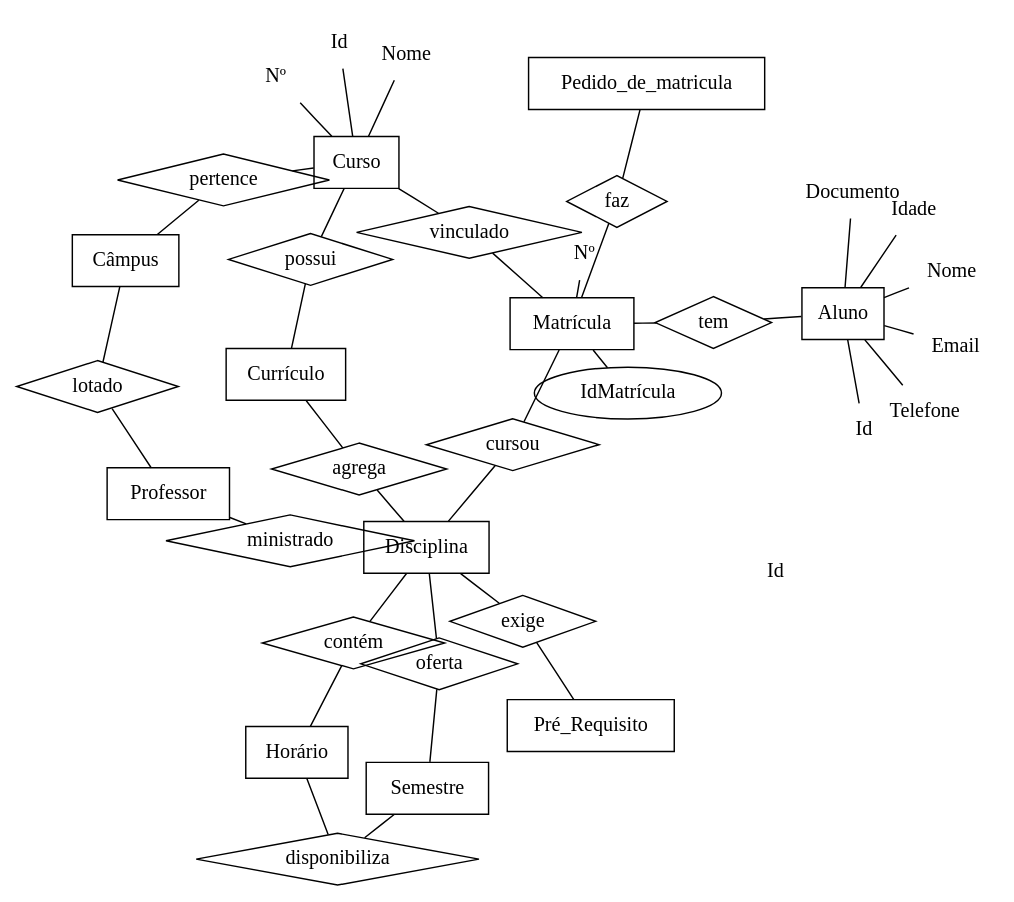
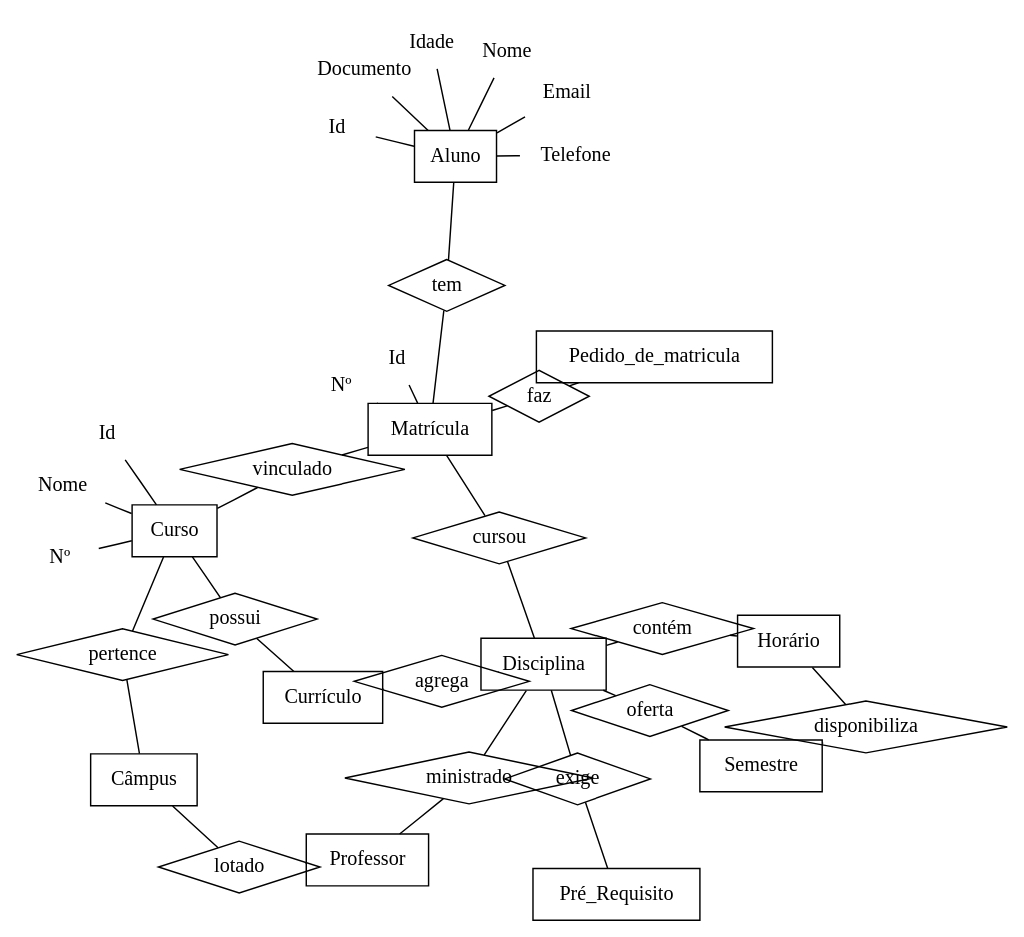
One commit to MariosAndre/IFSC-BCD-2016-2 changed the diagram in diagramaER.dot. Above: the diagram before and after it, drawn with Graphviz.

```diff
--- a/diagramaER.dot
+++ b/diagramaER.dot
@@ -1,134 +1,134 @@
 graph diagramaER {
   layout = neato
   layout = neato
  
   // Entidades
   Aluno [shape=record]
   Curso  [shape=record]
   Disciplina [shape=record]
   Horário [shape=record]
   Professor [shape=record]
   Matrícula [shape=record]
   Câmpus [shape=record]
   Currículo [shape=record]
   Semestre [shape=record]
   Pedido_de_matricula [shape=record]
   Pré_Requisito [shape=record]
  
   // Atributos Aluno
   IdAluno [shape=plaintext,label="Id"]
   NomeAluno [shape=plaintext,label="Nome"]
   IdadeAluno [shape=plaintext,label="Idade"]
   DocumentoAluno [shape=plaintext,label="Documento"]
   TelefoneAluno [shape=plaintext,label="Telefone"]
   EmailAluno [shape=plaintext,label="Email"]
 
   // Atributos Matrícula
-  IdMAtrícula [shape=plaintext,label="Id"]
+  IdMatrícula [shape=plaintext,label="Id"]
   NumeroMatrícula [shape=plaintext,label="Nº"]
 
   // Atributos Curso
   IdCurso [shape=plaintext,label="Id"]
   NomeCurso [shape=plaintext,label="Nome"]
   NumeroCurso [shape=plaintext,label="Nº"]
 
   
   /*Aula [shape=plaintext]
   CH [shape=plaintext]
   CHmínima [shape=plaintext]
   CódigoCurso [shape=plaintext,label="Código"]
   CódigoDisciplina [shape=plaintext,label="Código"]
   CPF [shape=plaintext]
   Dia [shape=plaintext]
   Fase [shape=plaintext]
   Matrícula [shape=plaintext]
   NomeAluno [shape=plaintext,label="Nome"]
   NomeCurso [shape=plaintext,label="Nome"]
   NomeProfessor [shape=plaintext,label="Nome"]
   SemanaAB [shape=plaintext,label="Semana AB"]
   Semestre [shape=plaintext]
   SIAPE [shape=plaintext]
   Turno [shape=plaintext]*/
 
     // Verbos
     tem [shape=diamond]
     cursou [shape=diamond]
     faz [shape=diamond]
     vinculado [shape=diamond]
     pertence [shape=diamond]
     possui [shape=diamond]
     lotado [shape=diamond]
     agrega [shape=diamond]
     ministrado [shape=diamond]
     oferta [shape=diamond]
     contém [shape=diamond]
     exige [shape=diamond]
     disponibiliza [shape=diamond]
  
   //Relacionamentos
   /*Calendário [shape=diamond]
   Estuda [shape=diamond]
   Grade [shape=diamond]
   Leciona [shape=diamond]
   PréRequisito [shape=diamond]
   ProcessoDeMatrícula [shape=diamond]*/
 
   //Ligações
   Aluno -- IdAluno
   Aluno -- NomeAluno
   Aluno -- IdadeAluno
   Aluno -- DocumentoAluno
   Aluno -- TelefoneAluno
   Aluno -- EmailAluno
 
   Matrícula -- IdMatrícula
   Matrícula -- NumeroMatrícula
 
   Curso -- IdCurso
   Curso -- NomeCurso
   Curso -- NumeroCurso
   
   /*Aluno -- CPF
   Aluno -- Estuda [label="0..N"]
   
   Aluno -- ProcessoDeMatrícula [label="0..N"]
   Curso -- CódigoCurso
   Curso -- Estuda [label="0..N"]
   Curso -- Grade [label="1"]
   Curso -- NomeCurso
   Disciplina -- Calendário [label="1"]
   Disciplina -- CH
   Disciplina -- CHmínima
   Disciplina -- CódigoDisciplina
   Disciplina -- Fase
   Disciplina -- Grade [label="0..N"]
   Disciplina -- Leciona [label="0..N"]
   Disciplina -- PréRequisito [label="0..N"]
   Disciplina -- PréRequisito [label="1"]
   Disciplina -- ProcessoDeMatrícula [label="0..N"]
   Estuda -- Matrícula
   Horário -- Aula
   Horário -- Calendário [label="0..N"]
   Horário -- Dia
   Horário -- SemanaAB
   Horário -- Semestre
   Horário -- Turno
   Professor -- Leciona [label="0..1"]
   Professor -- NomeProfessor
   Professor -- SIAPE*/
     
     // Ligações
     Aluno -- tem -- Matrícula
     Matrícula -- cursou -- Disciplina
     Matrícula -- faz -- Pedido_de_matricula
     Matrícula -- vinculado -- Curso
     Curso -- pertence -- Câmpus
     Curso -- possui -- Currículo
     Professor -- lotado -- Câmpus
     Disciplina -- ministrado -- Professor
     Currículo -- agrega -- Disciplina
     Semestre -- oferta -- Disciplina
     Semestre -- disponibiliza -- Horário
     Disciplina -- contém -- Horário
     Disciplina -- exige -- Pré_Requisito
 }
```
